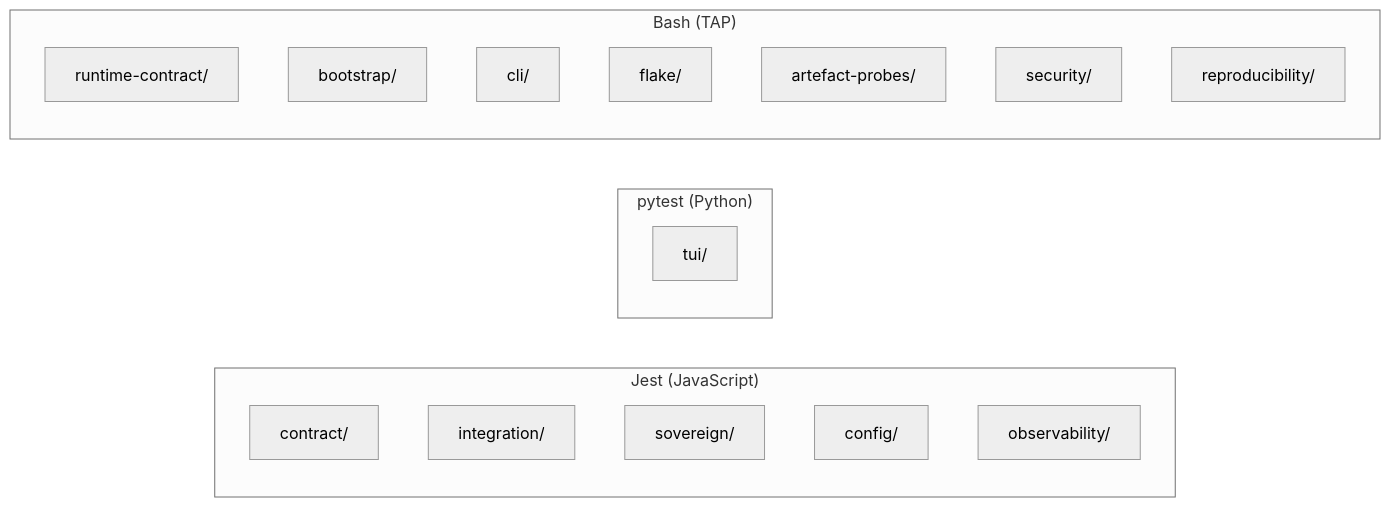
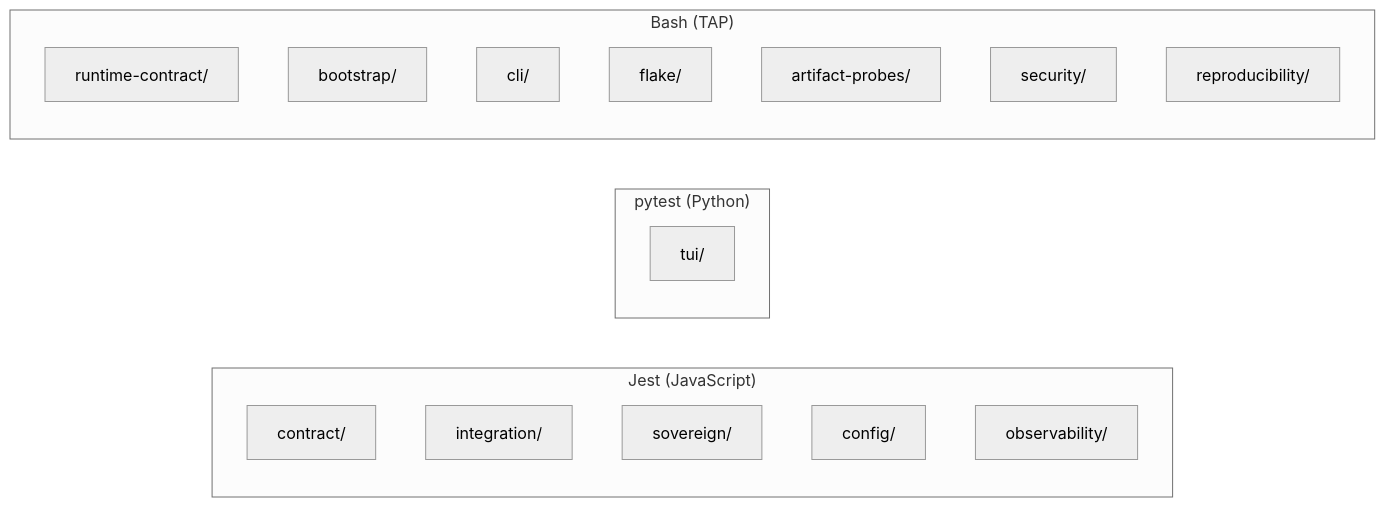
One commit to DreamLab-AI/agentbox changed the second of 3 diagrams in docs/developer/testing.md. Above: the diagram before and after it, drawn with Mermaid (neutral theme). The commit also changed other lines of this file and 11 other files, not shown here.

Commit message:
docs(diagrams): align mermaid diagrams to code ground truth; label aspirational flows and known gaps

````diff
--- a/docs/developer/testing.md
+++ b/docs/developer/testing.md
@@ -36,22 +36,22 @@
 ```mermaid
 graph LR
     subgraph jest["Jest (JavaScript)"]
         CONTRACT["contract/"]
         INTEG["integration/"]
         SOV["sovereign/"]
         CONFIG["config/"]
         OBSERVE["observability/"]
     end
     subgraph pytest["pytest (Python)"]
         TUITEST["tui/"]
     end
     subgraph bash["Bash (TAP)"]
         RCTEST["runtime-contract/"]
         BOOTTEST["bootstrap/"]
         CLITEST["cli/"]
         FLAKETEST["flake/"]
-        PROBES["artefact-probes/"]
+        PROBES["artifact-probes/"]
         SECTEST["security/"]
         REPRO["reproducibility/"]
     end
 ```
````
